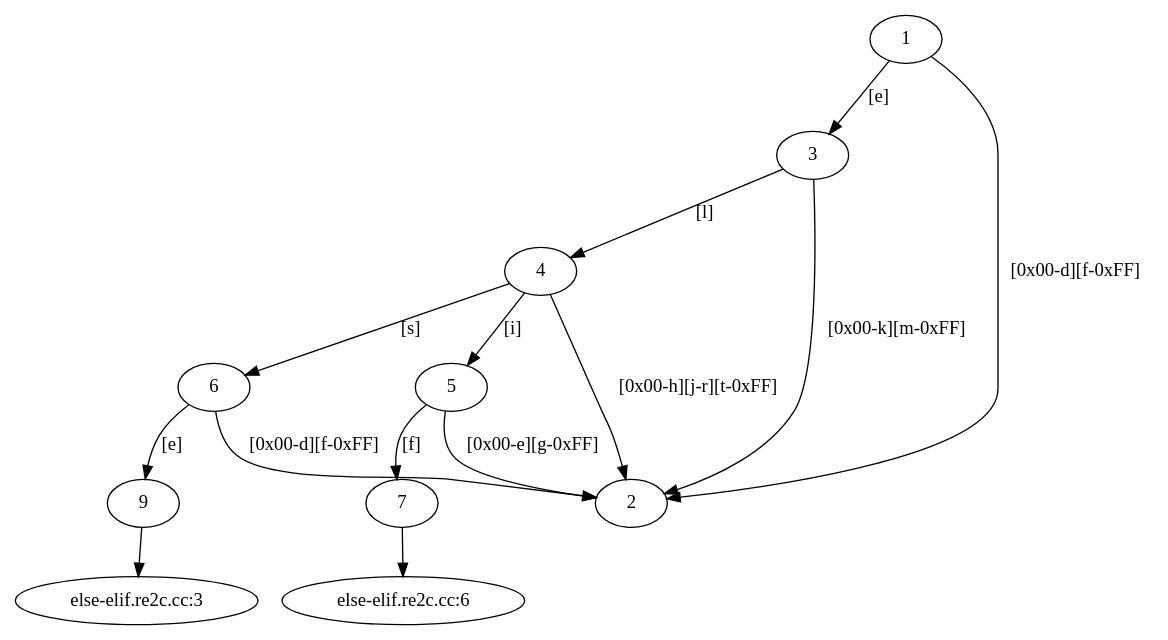
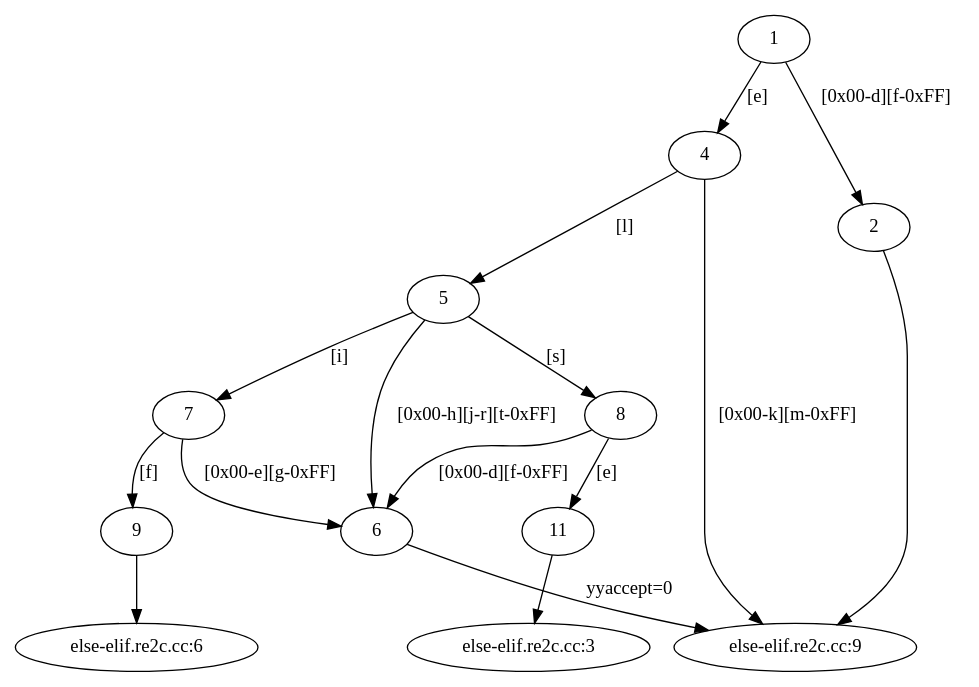
The diagram in fgrep-problem-benchmarks/_gen/else-elif.dot (oils-for-unix/blog-code), drawn with Graphviz before and after one commit. The commit also changed 10 other files, not shown here.

```diff
--- a/fgrep-problem-benchmarks/_gen/else-elif.dot
+++ b/fgrep-problem-benchmarks/_gen/else-elif.dot
@@ -1,18 +1,21 @@
-/* Generated by re2c 1.0.3 on Wed Dec 30 21:43:28 2020 */
+/* Generated by re2c 1.0.3 on Wed Dec 30 22:05:54 2020 */
 digraph re2c {
 1 -> 2 [label="[0x00-d][f-0xFF]"]
-1 -> 3 [label="[e]"]
-3 -> 2 [label="[0x00-k][m-0xFF]"]
-3 -> 4 [label="[l]"]
-4 -> 2 [label="[0x00-h][j-r][t-0xFF]"]
-4 -> 5 [label="[i]"]
-4 -> 6 [label="[s]"]
-5 -> 2 [label="[0x00-e][g-0xFF]"]
-5 -> 7 [label="[f]"]
-6 -> 2 [label="[0x00-d][f-0xFF]"]
-6 -> 9 [label="[e]"]
-7 -> 8
-8 [label="else-elif.re2c.cc:6"]
+1 -> 4 [label="[e]"]
+2 -> 3
+3 [label="else-elif.re2c.cc:9"]
+4 -> 3 [label="[0x00-k][m-0xFF]"]
+4 -> 5 [label="[l]"]
+5 -> 6 [label="[0x00-h][j-r][t-0xFF]"]
+5 -> 7 [label="[i]"]
+5 -> 8 [label="[s]"]
+6 -> 3 [label="yyaccept=0"]
+7 -> 6 [label="[0x00-e][g-0xFF]"]
+7 -> 9 [label="[f]"]
+8 -> 6 [label="[0x00-d][f-0xFF]"]
+8 -> 11 [label="[e]"]
 9 -> 10
-10 [label="else-elif.re2c.cc:3"]
+10 [label="else-elif.re2c.cc:6"]
+11 -> 12
+12 [label="else-elif.re2c.cc:3"]
 }
```
